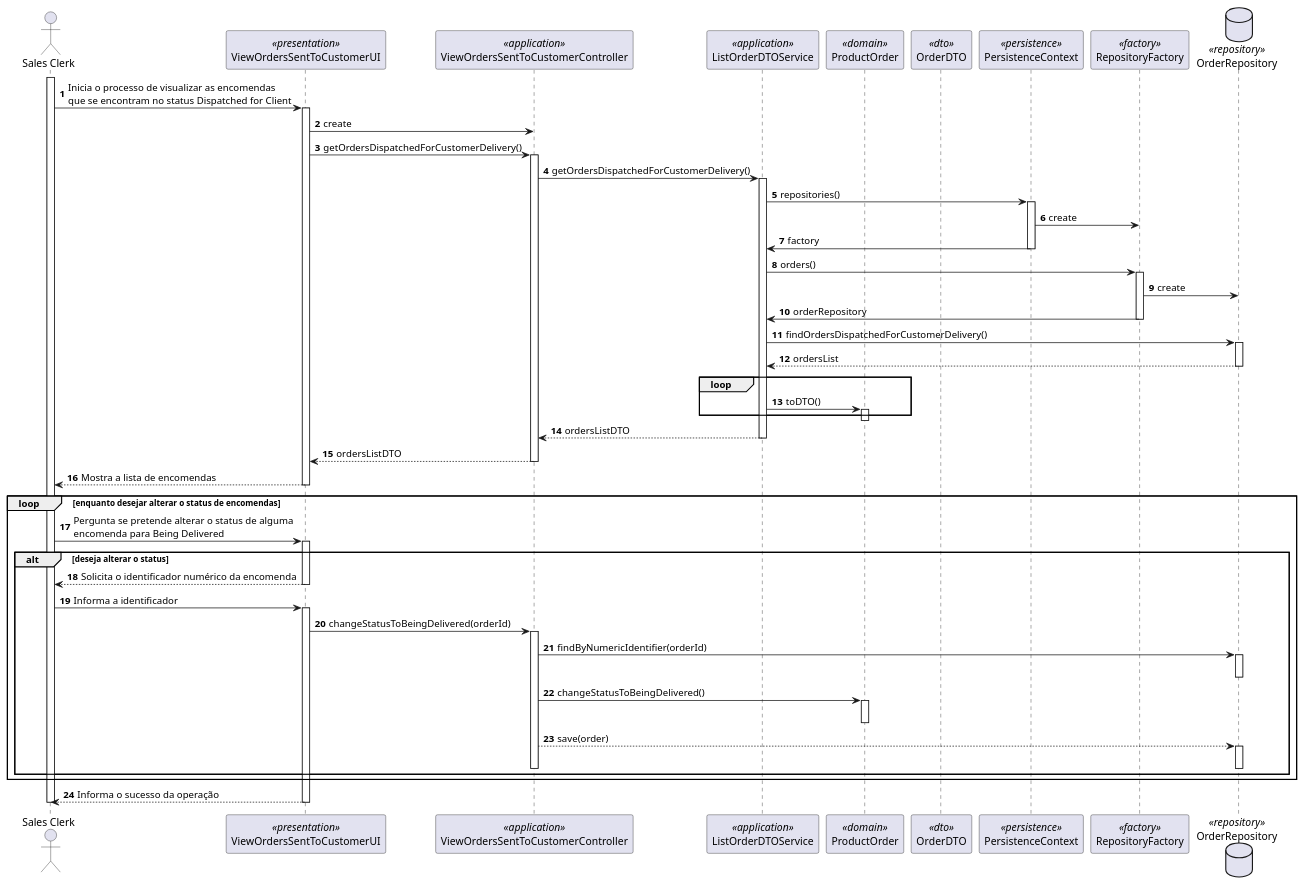
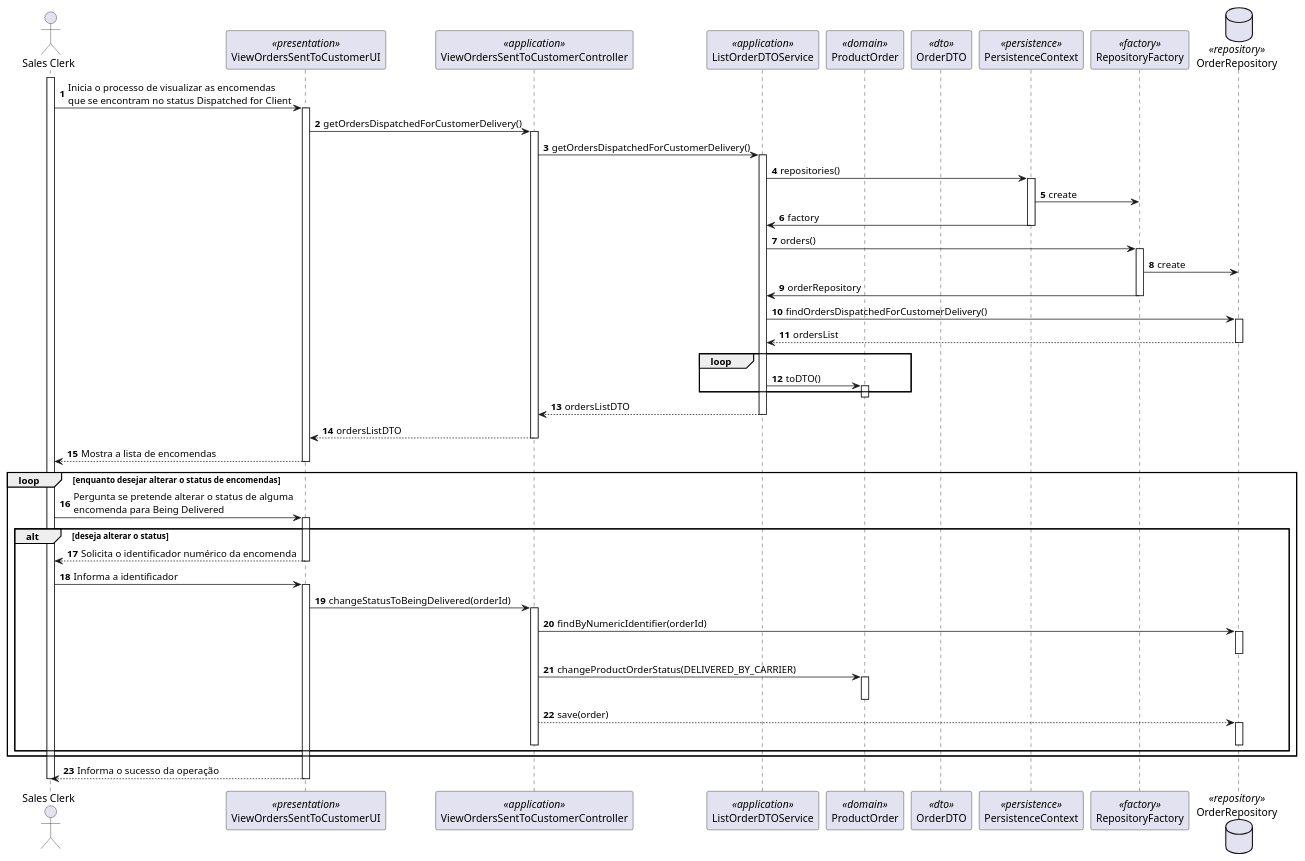
Before and after one commit to 0franciscor/lei21_22_s4_2de_01: the diagram in docs/1201386/US1006/SD_AlterarStatusDaOrderParaDelivered.puml, drawn with PlantUML. The commit also changed 10 other files, not shown here.

```diff
--- a/docs/1201386/US1006/SD_AlterarStatusDaOrderParaDelivered.puml
+++ b/docs/1201386/US1006/SD_AlterarStatusDaOrderParaDelivered.puml
@@ -1,73 +1,72 @@
 @startuml
 
 autonumber
 actor "Sales Clerk" as SC
 participant ViewOrdersSentToCustomerUI as UI <<presentation>>
 participant ViewOrdersSentToCustomerController as Controller <<application>>
 participant ListOrderDTOService as serv <<application>>
 participant "ProductOrder" as Domain <<domain>>
 participant "OrderDTO" as DTO <<dto>>
 participant PersistenceContext as Persistence <<persistence>>
 participant RepositoryFactory as Factory <<factory>>
 database OrderRepository as repository <<repository>>
 
 activate SC
 SC -> UI : Inicia o processo de visualizar as encomendas\nque se encontram no status Dispatched for Client
 activate UI
-UI -> Controller: create
 UI -> Controller: getOrdersDispatchedForCustomerDelivery()
 activate Controller
 Controller -> serv: getOrdersDispatchedForCustomerDelivery()
 activate serv
 serv -> Persistence: repositories()
 activate Persistence
 Persistence -> Factory: create
 Persistence -> serv: factory
 deactivate Persistence
 serv -> Factory: orders()
 activate Factory
 Factory -> repository: create
 Factory -> serv: orderRepository
 deactivate Factory
 serv->repository:findOrdersDispatchedForCustomerDelivery()
 activate repository
 repository --> serv: ordersList
 deactivate repository
 loop
 serv -> Domain: toDTO()
 activate Domain
 end
 deactivate Domain
 serv --> Controller: ordersListDTO
 deactivate serv
 Controller --> UI: ordersListDTO
 deactivate Controller
 UI --> SC : Mostra a lista de encomendas
 deactivate UI
 loop enquanto desejar alterar o status de encomendas
 SC -> UI : Pergunta se pretende alterar o status de alguma\nencomenda para Being Delivered
 activate UI
 alt deseja alterar o status
 UI --> SC : Solicita o identificador numérico da encomenda
 deactivate UI
 SC -> UI : Informa a identificador
 activate UI
 UI -> Controller: changeStatusToBeingDelivered(orderId)
 activate Controller
 Controller->repository:findByNumericIdentifier(orderId)
 activate repository
 deactivate repository
-Controller -> Domain: changeStatusToBeingDelivered()
+Controller -> Domain: changeProductOrderStatus(DELIVERED_BY_CARRIER)
 activate Domain
 deactivate Domain
 Controller --> repository: save(order)
 activate repository
 deactivate repository
 deactivate Controller
 end
 end
 UI --> SC : Informa o sucesso da operação
 deactivate UI
 deactivate SC
 
 @enduml
```
